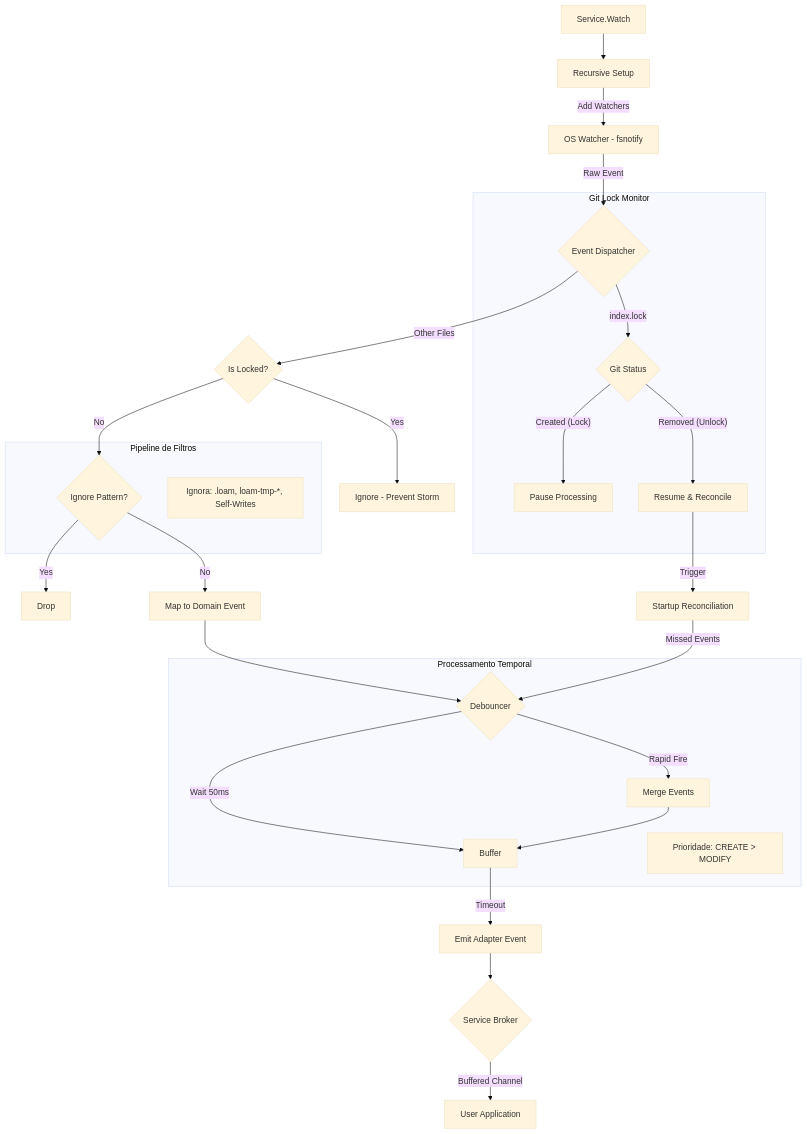
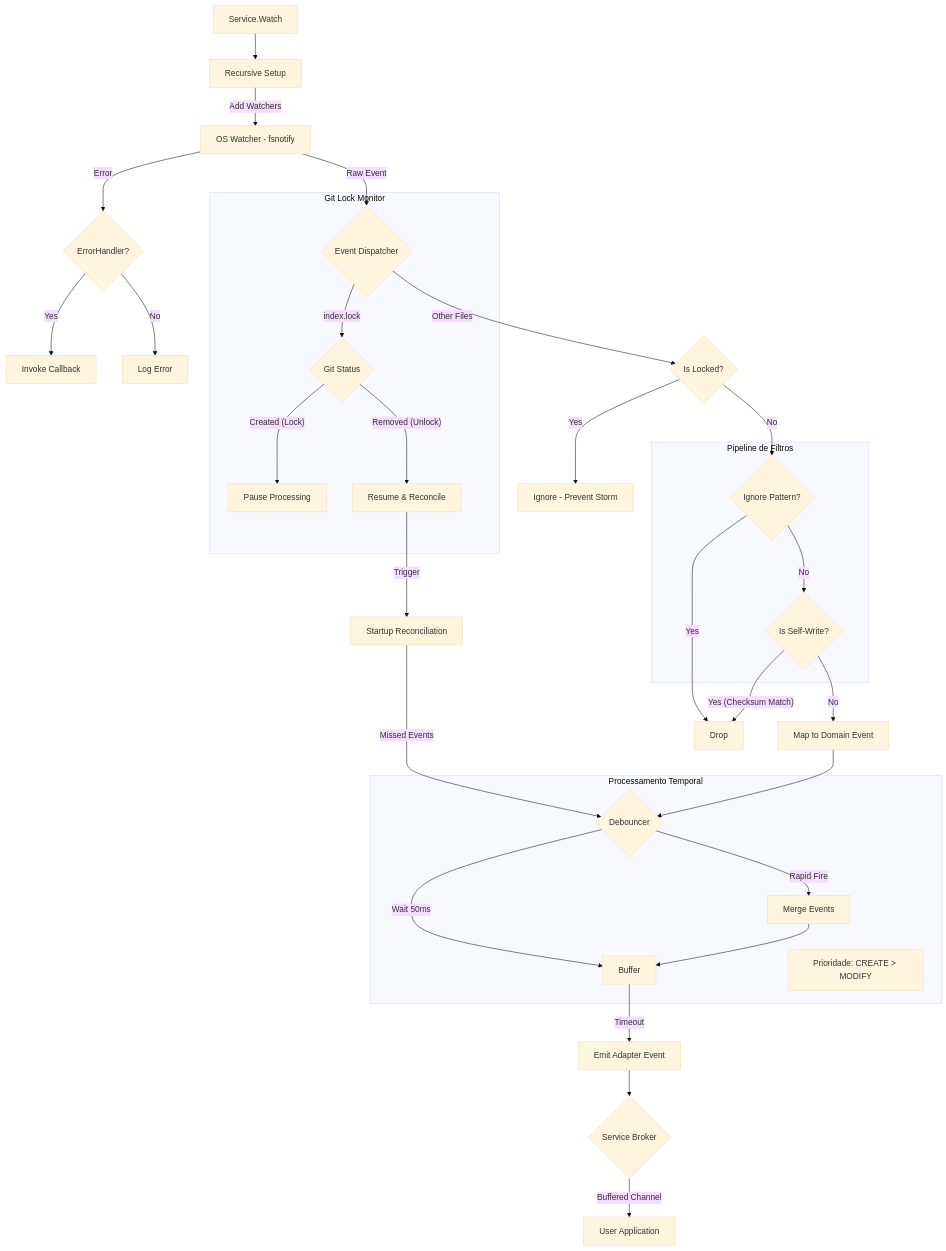
The eighth of 8 diagrams in docs/TECHNICAL.md (aretw0/loam), drawn with Mermaid (base theme) before and after one commit.

Commit message:
docs(technical): visually represent robust watcher features
- Update Event Loop Diagram to include ErrorHandler path.

- proper visualization of Checksum-based Self-Write ignore.

````diff
--- a/docs/TECHNICAL.md
+++ b/docs/TECHNICAL.md
@@ -335,42 +335,49 @@
 ```mermaid
 flowchart TD
     Start[Service.Watch] --> Setup[Recursive Setup]
     Setup -->|Add Watchers| OS[OS Watcher - fsnotify]
     
+    OS -->|Error| ErrorHandler{ErrorHandler?}
+    ErrorHandler -- Yes --> Callback[Invoke Callback]
+    ErrorHandler -- No --> Log[Log Error]
+
     OS -->|Raw Event| Dispatcher{Event Dispatcher}
 
     subgraph GitAwareness [Git Lock Monitor]
         Dispatcher -- "index.lock" --> LockState{Git Status}
         LockState -- "Created (Lock)" --> Pause[Pause Processing]
         LockState -- "Removed (Unlock)" --> Resume[Resume & Reconcile]
     end
 
     Dispatcher -- "Other Files" --> Gate{Is Locked?}
     Gate -- Yes --> Ignore[Ignore - Prevent Storm]
     Gate -- No --> Filter{Ignore Pattern?}
     
     Filter -- Yes --> Drop[Drop]
-    Filter -- No --> Mapper[Map to Domain Event]
+    Filter -- No --> SelfWrite{Is Self-Write?}
     
+    SelfWrite -- Yes (Checksum Match) --> Drop
+    SelfWrite -- No --> Mapper[Map to Domain Event]
+
     subgraph filtering [Pipeline de Filtros]
         Filter
-        Note1[Ignora: .loam, loam-tmp-*, Self-Writes]
+        SelfWrite
     end
 
     Mapper --> Debouncer{Debouncer}
     
     subgraph processing [Processamento Temporal]
         Debouncer -- "Wait 50ms" --> Timer[Buffer]
         Debouncer -- "Rapid Fire" --> Merge[Merge Events]
         Note2[Prioridade: CREATE > MODIFY]
     end
     
     Resume -->|Trigger| ReconcileLogic[Startup Reconciliation]
     ReconcileLogic -->|Missed Events| Debouncer
 
     Timer -->|Timeout| AdapterEmit[Emit Adapter Event]
     Merge --> Timer
 
     AdapterEmit --> Broker{Service Broker}
     Broker -->|Buffered Channel| User[User Application]
 ```
````
